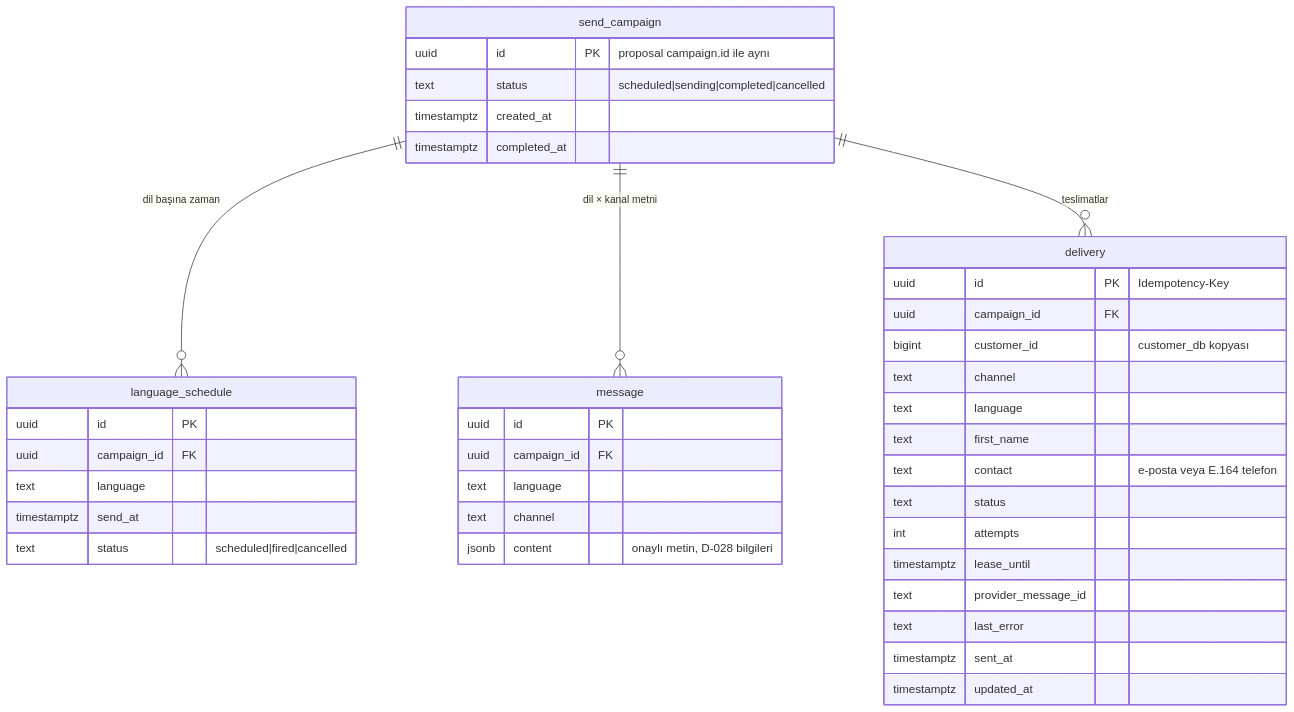
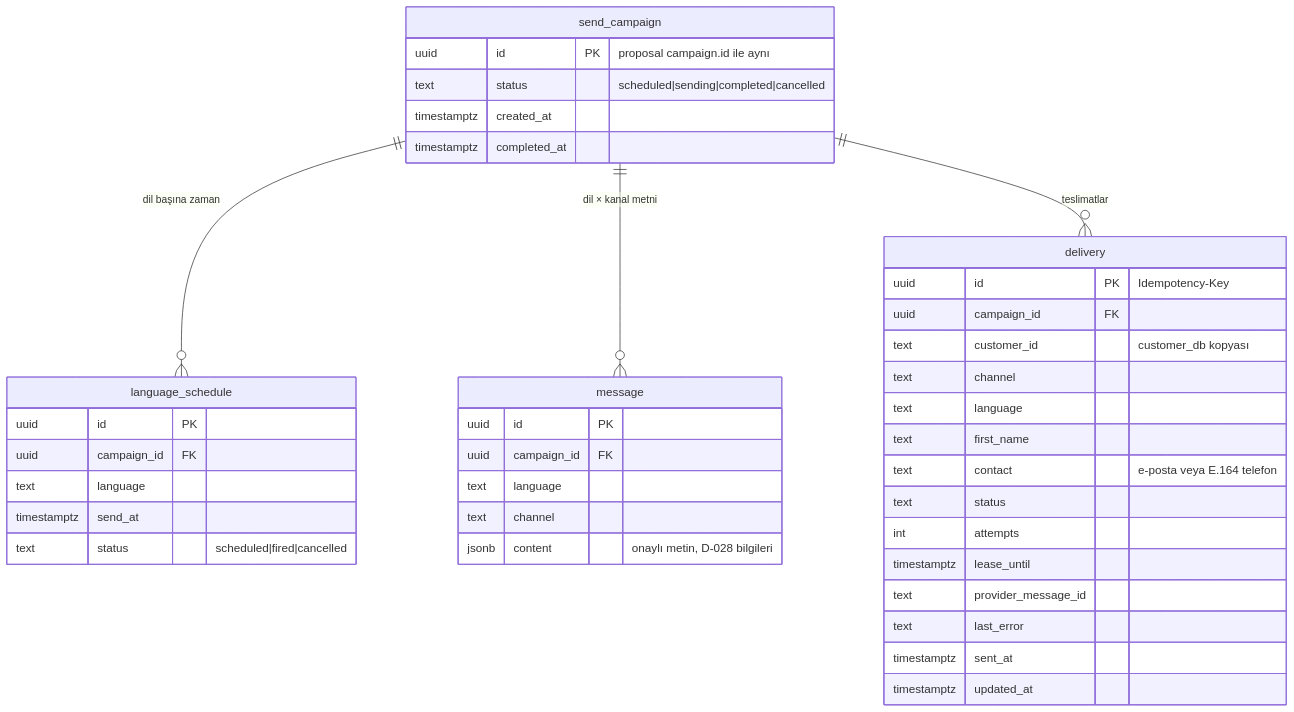
One commit to furknozg/coldbru changed the fifth of 8 diagrams in docs/domain-model.md. Above: the diagram before and after it, drawn with Mermaid. The commit also changed other lines of this file and 3 other files, not shown here.

````diff
--- a/docs/domain-model.md
+++ b/docs/domain-model.md
@@ -185,43 +185,43 @@
 ```mermaid
 erDiagram
     send_campaign ||--o{ language_schedule : "dil başına zaman"
     send_campaign ||--o{ message : "dil × kanal metni"
     send_campaign ||--o{ delivery : "teslimatlar"
 
     send_campaign {
         uuid id PK "proposal campaign.id ile aynı"
         text status "scheduled|sending|completed|cancelled"
         timestamptz created_at
         timestamptz completed_at
     }
     language_schedule {
         uuid id PK
         uuid campaign_id FK
         text language
         timestamptz send_at
         text status "scheduled|fired|cancelled"
     }
     message {
         uuid id PK
         uuid campaign_id FK
         text language
         text channel
         jsonb content "onaylı metin, D-028 bilgileri"
     }
     delivery {
         uuid id PK "Idempotency-Key"
         uuid campaign_id FK
-        bigint customer_id "customer_db kopyası"
+        text customer_id "customer_db kopyası"
         text channel
         text language
         text first_name
         text contact "e-posta veya E.164 telefon"
         text status
         int attempts
         timestamptz lease_until
         text provider_message_id
         text last_error
         timestamptz sent_at
         timestamptz updated_at
     }
 ```
````
